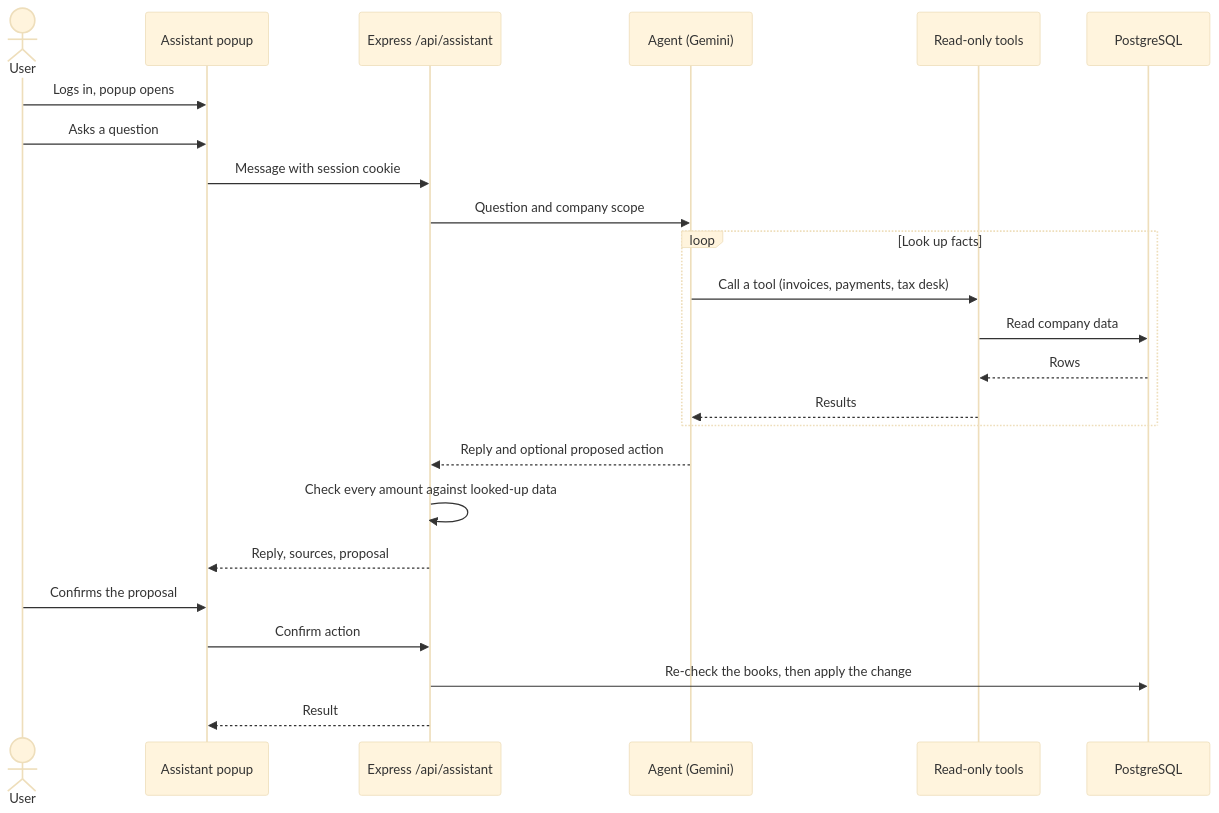
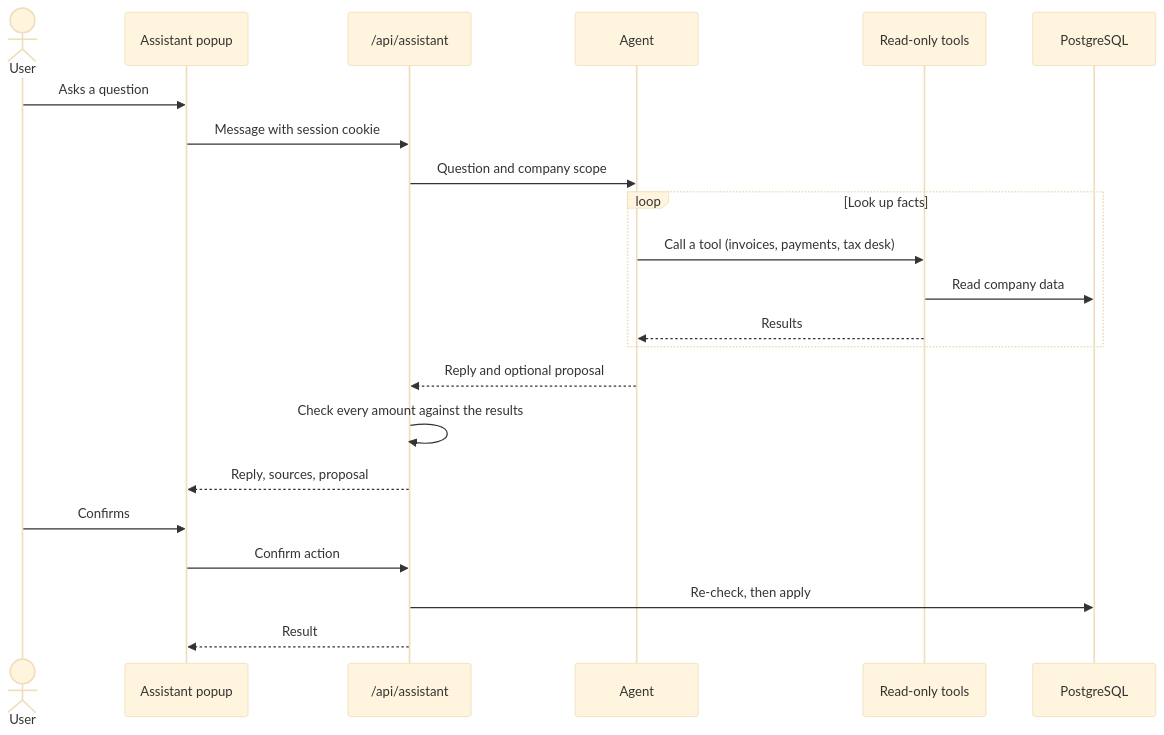
The fifth of 6 diagrams in README.md (ladkrutarth/diamledger), drawn with Mermaid (base theme) before and after one commit. The commit also changed other lines of this file and 172 other files, not shown here.

````diff
--- a/README.md
+++ b/README.md
@@ -71,27 +330,25 @@
 ```mermaid
 sequenceDiagram
   actor U as User
   participant UI as Assistant popup
-  participant API as Express /api/assistant
-  participant AG as Agent (Gemini)
+  participant API as /api/assistant
+  participant AG as Agent
   participant T as Read-only tools
   participant DB as PostgreSQL
 
-  U->>UI: Logs in, popup opens
   U->>UI: Asks a question
   UI->>API: Message with session cookie
   API->>AG: Question and company scope
   loop Look up facts
     AG->>T: Call a tool (invoices, payments, tax desk)
     T->>DB: Read company data
-    DB-->>T: Rows
     T-->>AG: Results
   end
-  AG-->>API: Reply and optional proposed action
-  API->>API: Check every amount against looked-up data
+  AG-->>API: Reply and optional proposal
+  API->>API: Check every amount against the results
   API-->>UI: Reply, sources, proposal
-  U->>UI: Confirms the proposal
+  U->>UI: Confirms
   UI->>API: Confirm action
-  API->>DB: Re-check the books, then apply the change
+  API->>DB: Re-check, then apply
   API-->>UI: Result
 ```
````
